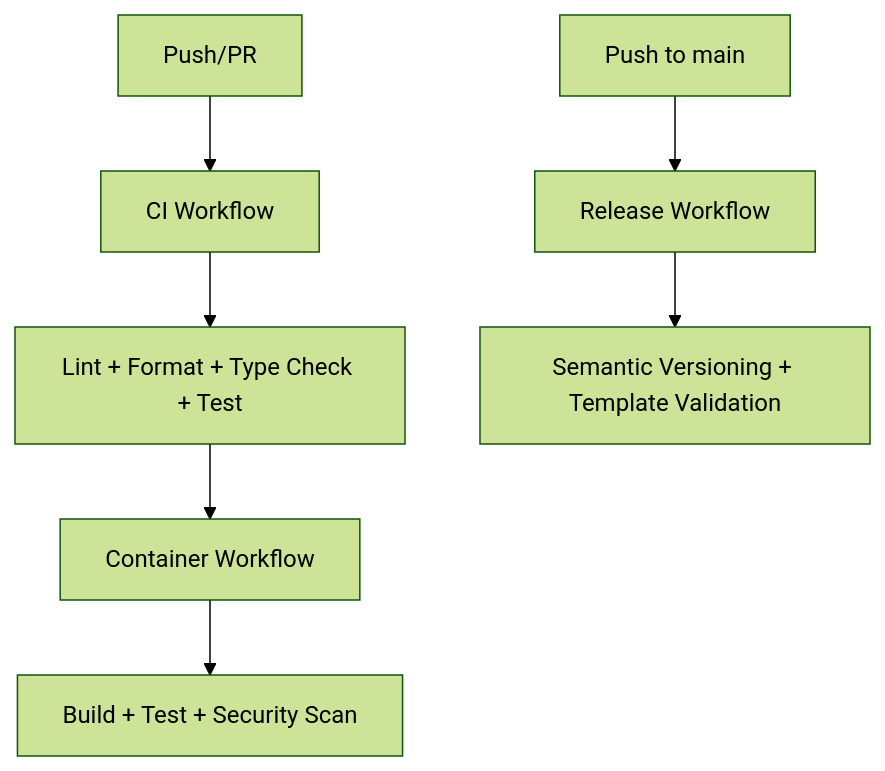
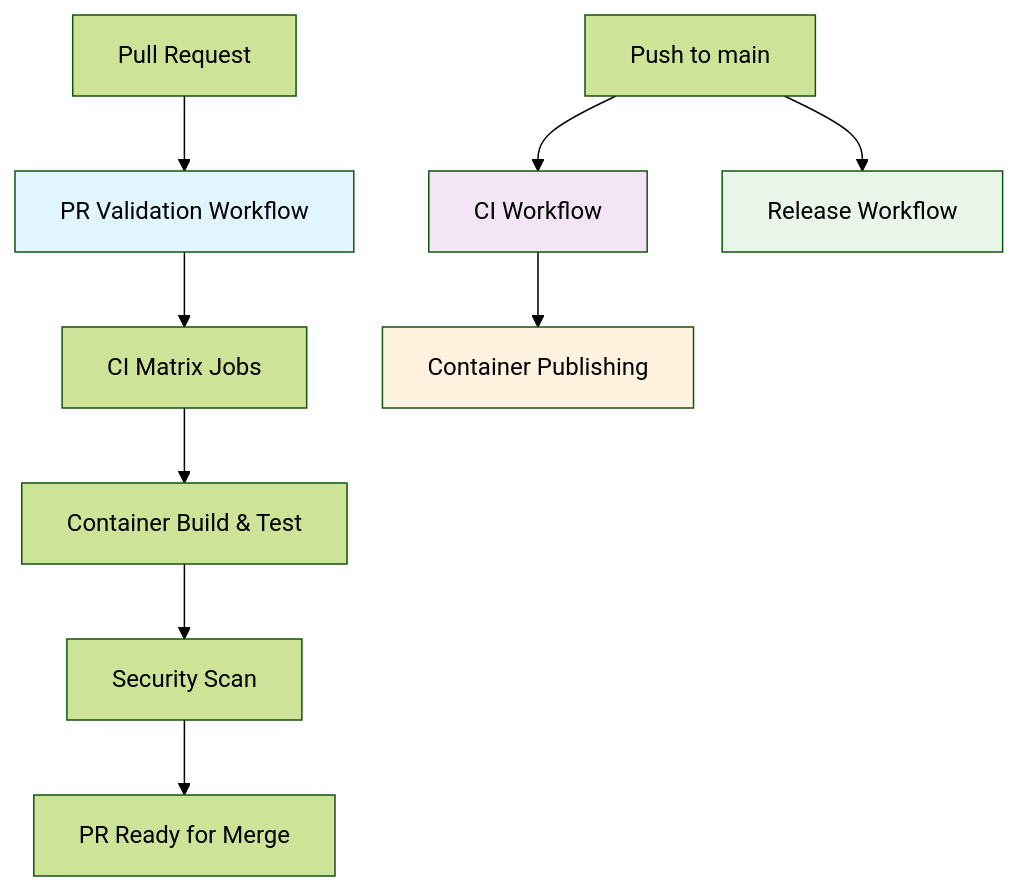
One commit to engineeringclouds/template_python_project changed the diagram in README.md. Above: the diagram before and after it, drawn with Mermaid (forest theme). The commit also changed other lines of this file and 8 other files, not shown here.

````diff
--- a/README.md
+++ b/README.md
@@ -454,10 +458,17 @@
 ```mermaid
 graph TD
-    A[Push/PR] --> B[CI Workflow]
-    B --> C[Lint + Format + Type Check + Test]
-    C --> D[Container Workflow]
-    D --> E[Build + Test + Security Scan]
+    A[Pull Request] --> B[PR Validation Workflow]
+    B --> C[CI Matrix Jobs]
+    C --> D[Container Build & Test]
+    D --> E[Security Scan]
+    E --> F[PR Ready for Merge]
 
-    F[Push to main] --> G[Release Workflow]
-    G --> H[Semantic Versioning + Template Validation]
+    G[Push to main] --> H[CI Workflow]
+    H --> I[Container Publishing]
+    G --> J[Release Workflow]
+
+    style B fill:#e1f5fe
+    style H fill:#f3e5f5
+    style I fill:#fff3e0
+    style J fill:#e8f5e8
 ```
````
